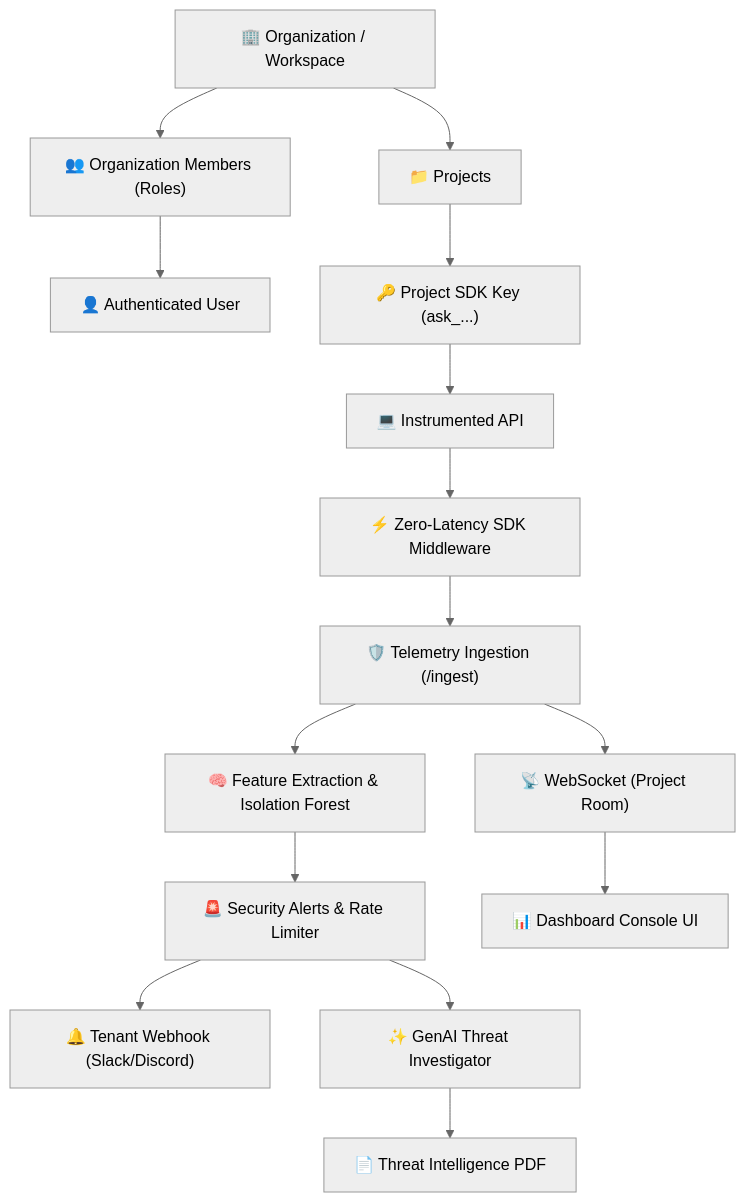
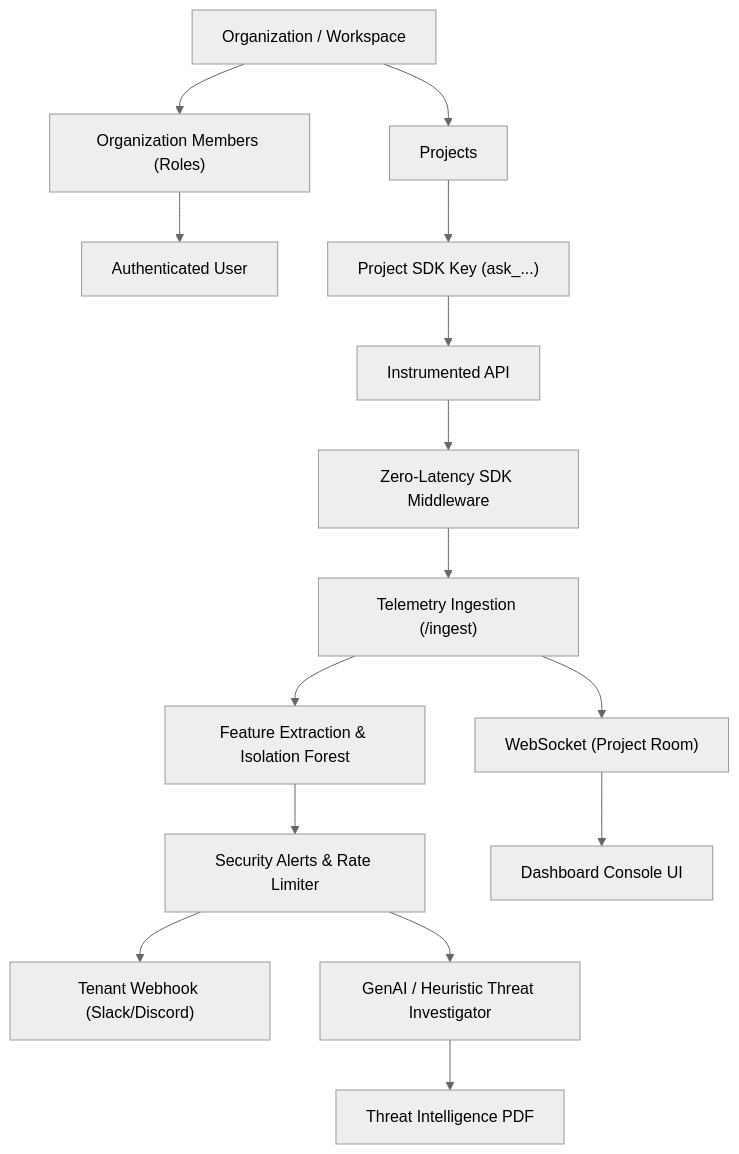
Before and after one commit to Ayush-choudhary2005/API-Security-Analytics-Dashboard: the diagram in README.md, drawn with Mermaid (neutral theme). The commit also changed other lines of this file, not shown here.

Commit message:
docs: update README with chronological analytics, dual-axis telemetry, and heuristic AI investigations (no emojis)

````diff
--- a/README.md
+++ b/README.md
@@ -38,17 +39,17 @@
 ```mermaid
 flowchart TD
-    Org["🏢 Organization / Workspace"] --> Member["👥 Organization Members (Roles)"]
-    Member --> User["👤 Authenticated User"]
-    Org --> Project["📁 Projects"]
-    Project --> SDKKey["🔑 Project SDK Key (ask_...)"]
-    SDKKey --> App["💻 Instrumented API"]
-    App --> SDK["⚡ Zero-Latency SDK Middleware"]
-    SDK --> Collector["🛡️ Telemetry Ingestion (/ingest)"]
-    Collector --> ML["🧠 Feature Extraction & Isolation Forest"]
-    ML --> Alerts["🚨 Security Alerts & Rate Limiter"]
-    Alerts --> Webhook["🔔 Tenant Webhook (Slack/Discord)"]
-    Collector --> WS["📡 WebSocket (Project Room)"]
-    WS --> Dashboard["📊 Dashboard Console UI"]
-    Alerts --> Gemini["✨ GenAI Threat Investigator"]
-    Gemini --> PDF["📄 Threat Intelligence PDF"]
+    Org["Organization / Workspace"] --> Member["Organization Members (Roles)"]
+    Member --> User["Authenticated User"]
+    Org --> Project["Projects"]
+    Project --> SDKKey["Project SDK Key (ask_...)"]
+    SDKKey --> App["Instrumented API"]
+    App --> SDK["Zero-Latency SDK Middleware"]
+    SDK --> Collector["Telemetry Ingestion (/ingest)"]
+    Collector --> ML["Feature Extraction & Isolation Forest"]
+    ML --> Alerts["Security Alerts & Rate Limiter"]
+    Alerts --> Webhook["Tenant Webhook (Slack/Discord)"]
+    Collector --> WS["WebSocket (Project Room)"]
+    WS --> Dashboard["Dashboard Console UI"]
+    Alerts --> Gemini["GenAI / Heuristic Threat Investigator"]
+    Gemini --> PDF["Threat Intelligence PDF"]
 ```
````
